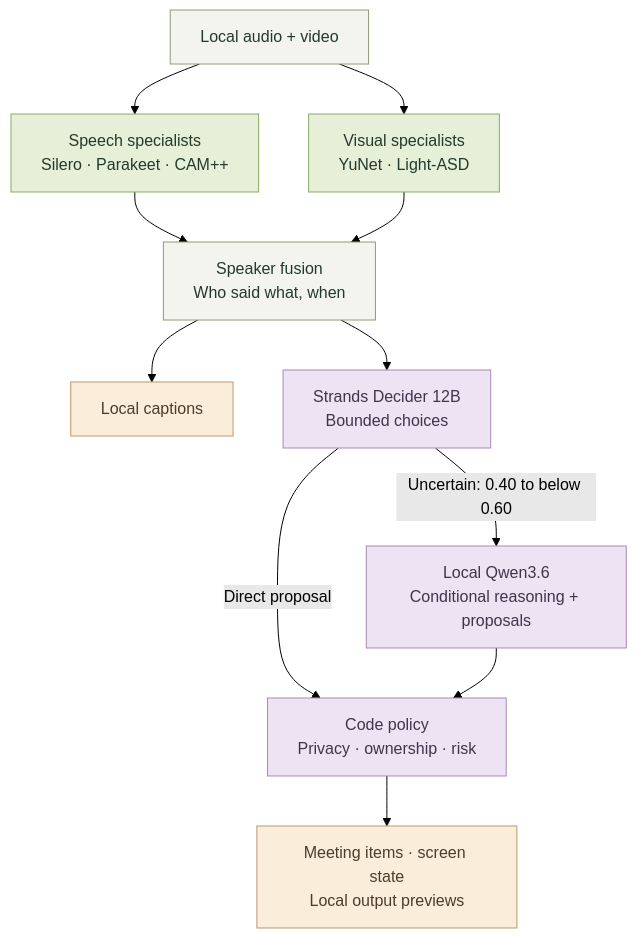
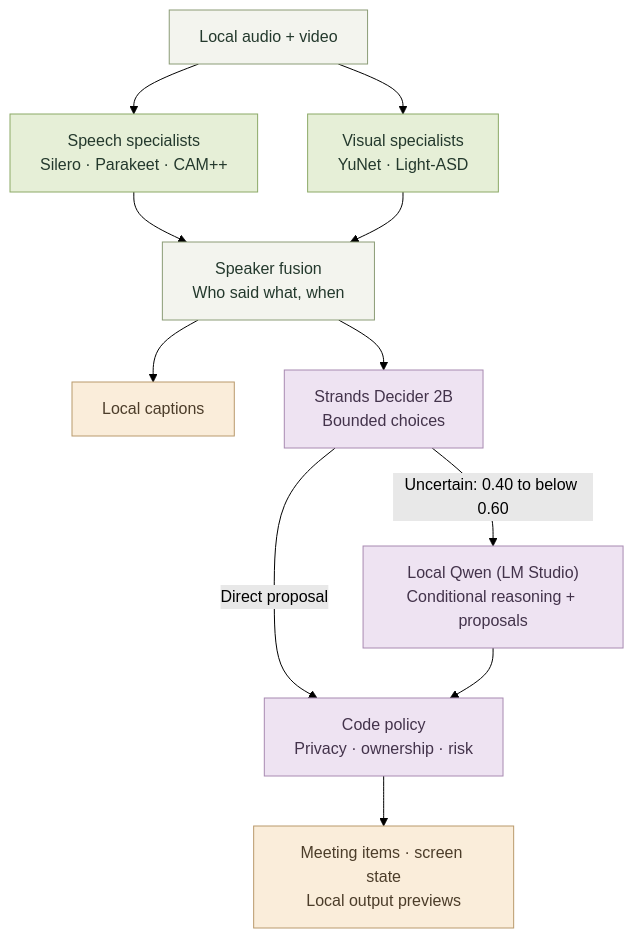
One commit to NaichuanZhang/LocoCisco changed the diagram in README.md. Above: the diagram before and after it, drawn with Mermaid (forest theme). The commit also changed other lines of this file and 3 other files, not shown here.

````diff
--- a/README.md
+++ b/README.md
@@ -61,32 +61,32 @@
 ```mermaid
 flowchart TB
     Input["Local audio + video"]
     Speech["Speech specialists<br/>Silero · Parakeet · CAM++"]
     Vision["Visual specialists<br/>YuNet · Light-ASD"]
     Fusion["Speaker fusion<br/>Who said what, when"]
     Captions["Local captions"]
-    Decider["Strands Decider 12B<br/>Bounded choices"]
-    Qwen["Local Qwen3.6<br/>Conditional reasoning + proposals"]
+    Decider["Strands Decider 2B<br/>Bounded choices"]
+    Qwen["Local Qwen (LM Studio)<br/>Conditional reasoning + proposals"]
     Policy["Code policy<br/>Privacy · ownership · risk"]
     Output["Meeting items · screen state<br/>Local output previews"]
 
     Input --> Speech
     Input --> Vision
     Speech --> Fusion
     Vision --> Fusion
     Fusion --> Captions
     Fusion --> Decider
     Decider -->|Direct proposal| Policy
     Decider -->|Uncertain: 0.40 to below 0.60| Qwen
     Qwen --> Policy
     Policy --> Output
 
     classDef source fill:#f3f4ee,stroke:#8b9c76,color:#24392d
     classDef perception fill:#e6efd7,stroke:#8ca967,color:#24392d
     classDef reasoning fill:#eee3f2,stroke:#a88ab1,color:#43334b
     classDef result fill:#faedda,stroke:#b99a6c,color:#4c3d2a
     class Input,Fusion source
     class Speech,Vision perception
     class Decider,Qwen,Policy reasoning
     class Captions,Output result
 ```
````
